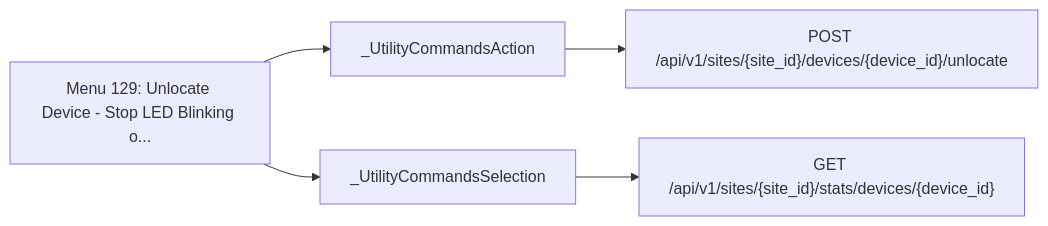
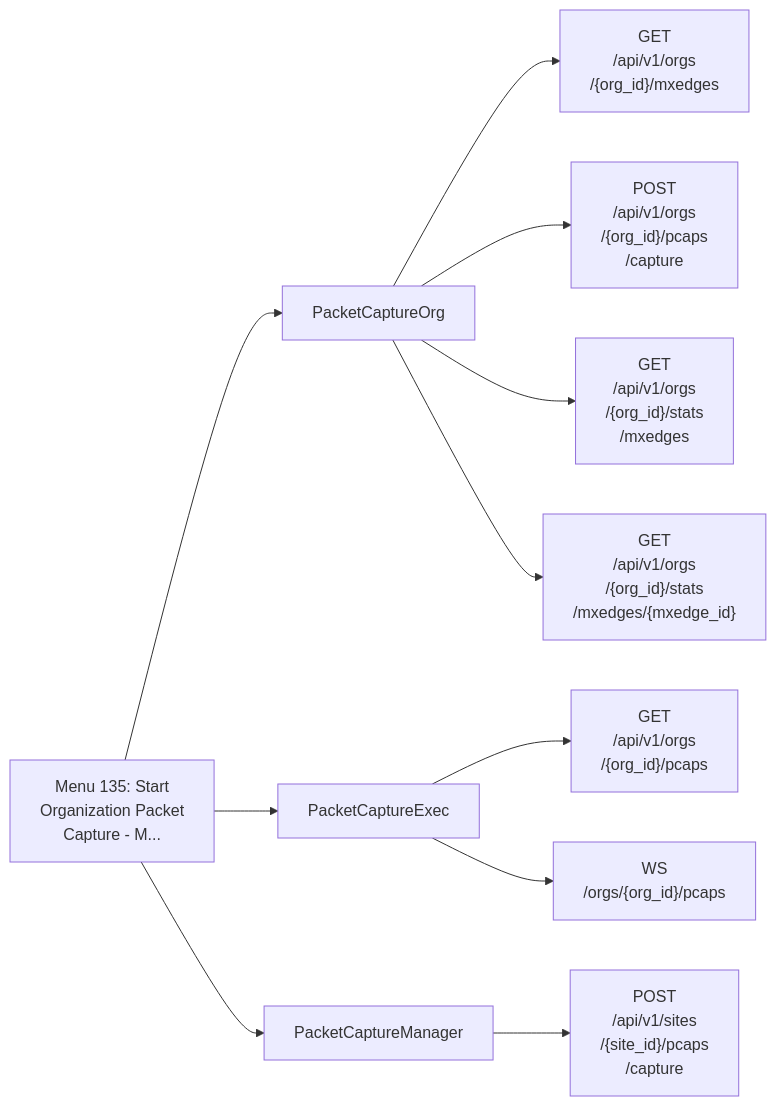
The sixth of 18 diagrams in documentation/menu-api/interactive.md (jmorrison-juniper/MistHelper), drawn with Mermaid before and after one commit. The commit also changed other lines of this file and 19 other files, not shown here.

First line of the commit message:
docs(menu-api): fit the Mermaid diagrams to the wiki column (#3463)

````diff
--- a/documentation/menu-api/interactive.md
+++ b/documentation/menu-api/interactive.md
@@ -309,8 +245,14 @@
 ```mermaid
 flowchart LR
-    menu["Menu 129: Unlocate Device - Stop LED Blinking o..."]
-    menu --> c1["_UtilityCommandsAction"]
-    c1 --> e1["POST /api/v1/sites/{site_id}/devices/{device_id}/unlocate"]
-    menu --> c2["_UtilityCommandsSelection"]
-    c2 --> e2["GET /api/v1/sites/{site_id}/stats/devices/{device_id}"]
+    menu["Menu 135: Start<br/>Organization Packet<br/>Capture - M..."]
+    menu --> c1["PacketCaptureOrg"]
+    c1 --> e1["GET<br/>/api/v1/orgs<br/>/{org_id}/mxedges"]
+    c1 --> e2["POST<br/>/api/v1/orgs<br/>/{org_id}/pcaps<br/>/capture"]
+    c1 --> e3["GET<br/>/api/v1/orgs<br/>/{org_id}/stats<br/>/mxedges"]
+    c1 --> e4["GET<br/>/api/v1/orgs<br/>/{org_id}/stats<br/>/mxedges/{mxedge_id}"]
+    menu --> c2["PacketCaptureExec"]
+    c2 --> e5["GET<br/>/api/v1/orgs<br/>/{org_id}/pcaps"]
+    c2 --> e6["WS<br/>/orgs/{org_id}/pcaps"]
+    menu --> c3["PacketCaptureManager"]
+    c3 --> e7["POST<br/>/api/v1/sites<br/>/{site_id}/pcaps<br/>/capture"]
 ```
````
